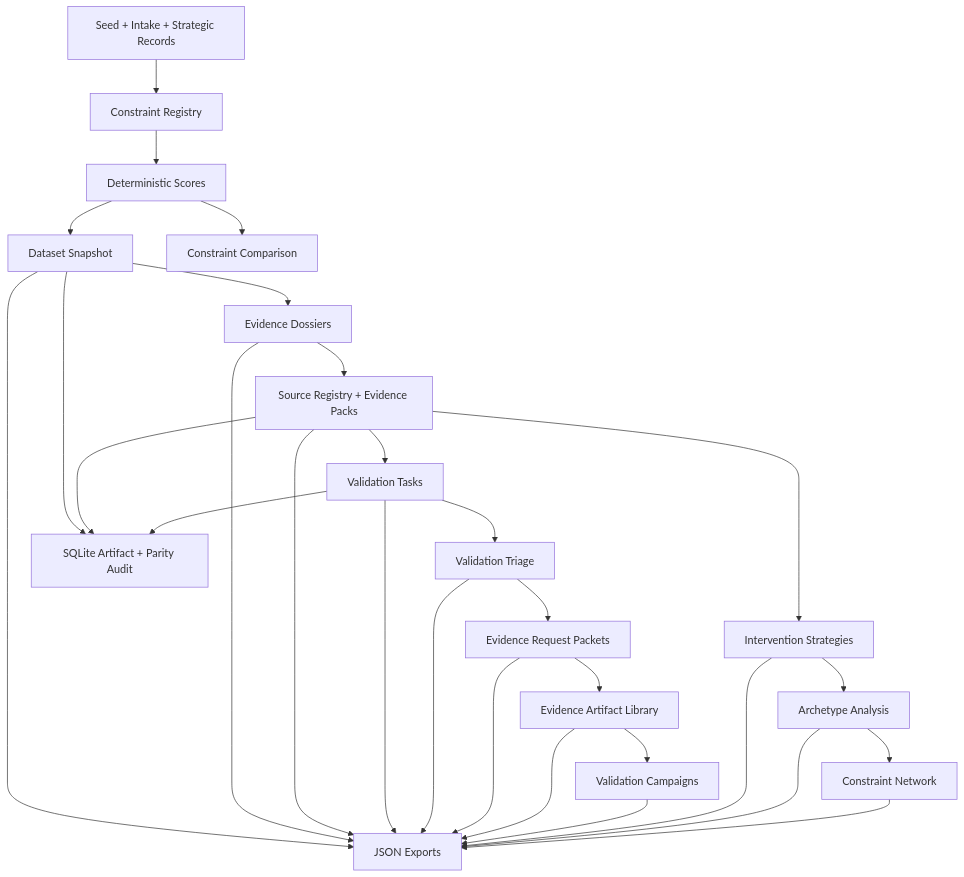
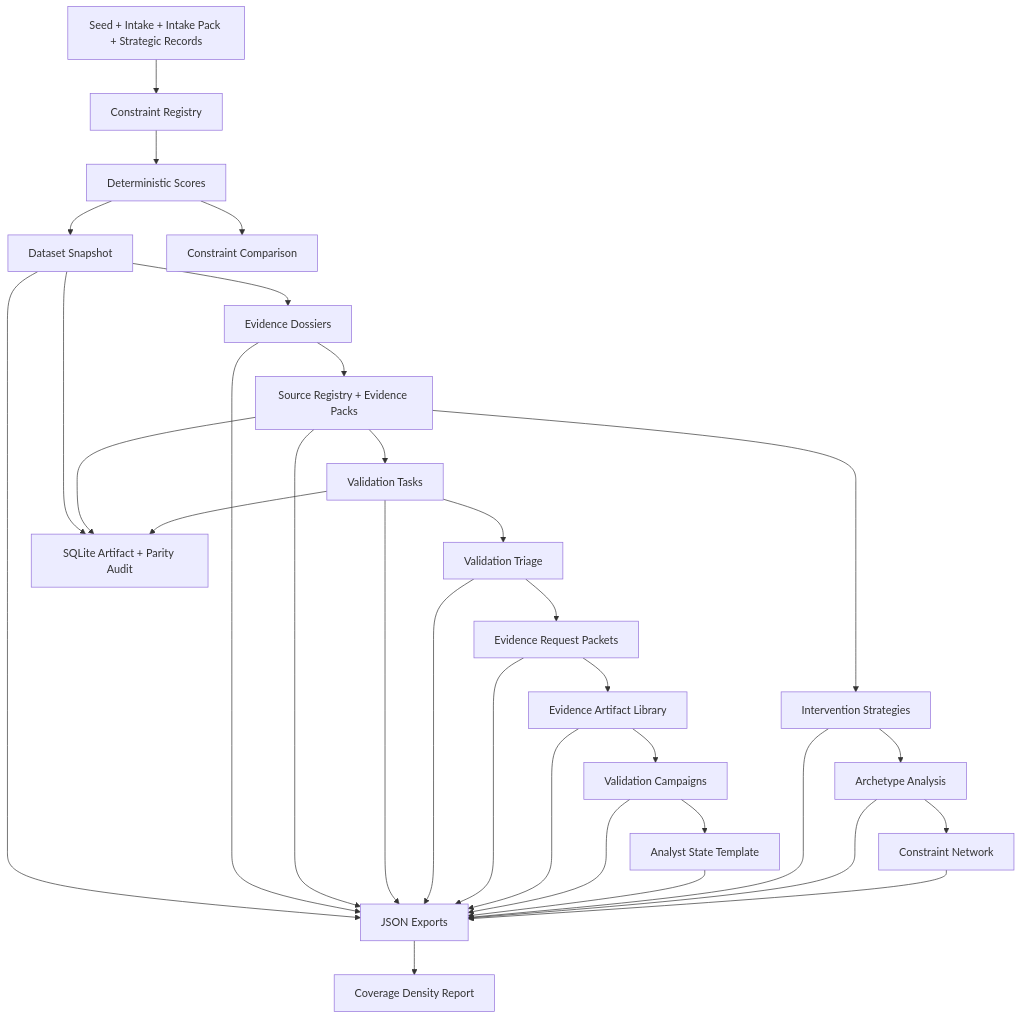
Before and after one commit to EtherTabu/economic-x-ray-vision: the diagram in docs/DATA_PIPELINE.md, drawn with Mermaid. The commit also changed other lines of this file and 8 other files, not shown here.

````diff
--- a/docs/DATA_PIPELINE.md
+++ b/docs/DATA_PIPELINE.md
@@ -19,31 +24,34 @@
 ```mermaid
 flowchart TD
-  A["Seed + Intake + Strategic Records"] --> B["Constraint Registry"]
+  A["Seed + Intake + Intake Pack + Strategic Records"] --> B["Constraint Registry"]
   B --> C["Deterministic Scores"]
   C --> D["Dataset Snapshot"]
   D --> E["Evidence Dossiers"]
   E --> F["Source Registry + Evidence Packs"]
   F --> G["Validation Tasks"]
   G --> H["Validation Triage"]
   H --> I["Evidence Request Packets"]
   I --> Q["Evidence Artifact Library"]
   Q --> J["Validation Campaigns"]
+  J --> R["Analyst State Template"]
   F --> K["Intervention Strategies"]
   K --> L["Archetype Analysis"]
   L --> M["Constraint Network"]
   C --> N["Constraint Comparison"]
   D --> O["SQLite Artifact + Parity Audit"]
   F --> O
   G --> O
   D --> P["JSON Exports"]
   E --> P
   F --> P
   G --> P
   H --> P
   I --> P
   Q --> P
   J --> P
+  R --> P
   K --> P
   L --> P
   M --> P
+  P --> S["Coverage Density Report"]
 ```
````
